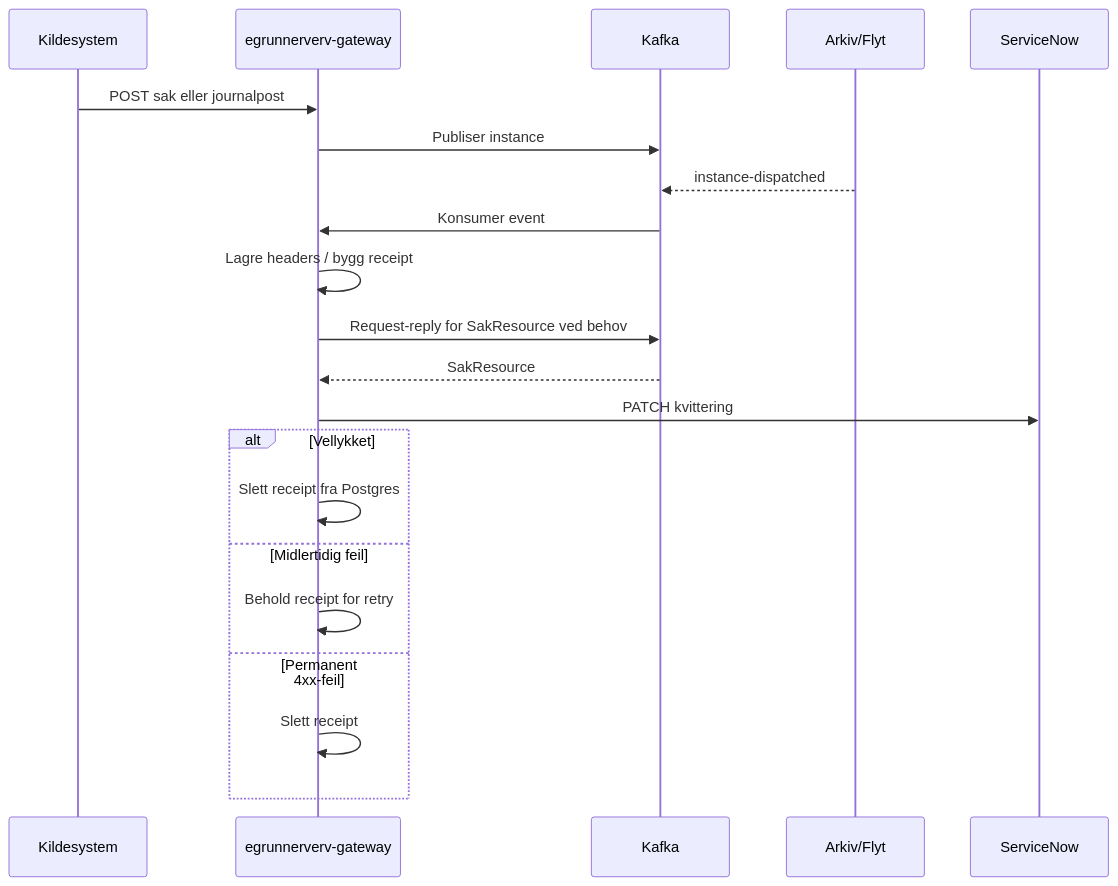
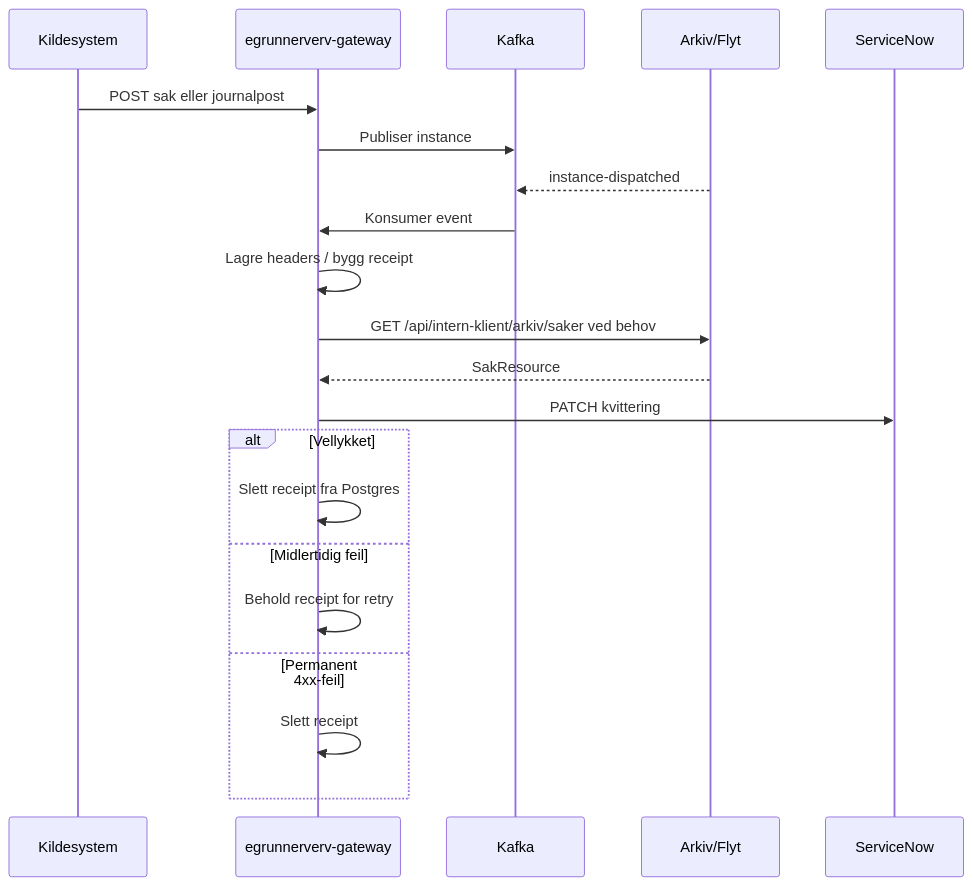
The second of 3 diagrams in README.md (FINTLabs/fint-flyt-egrunnerverv-gateway), drawn with Mermaid before and after one commit. The commit also changed other lines of this file and 14 other files, not shown here.

First line of the commit message:
feat!: replace Kafka request/reply with HTTP clients

````diff
--- a/README.md
+++ b/README.md
@@ -60,24 +60,24 @@
 ```mermaid
 sequenceDiagram
     participant Source as Kildesystem
     participant Gateway as egrunnerverv-gateway
     participant Kafka as Kafka
     participant Archive as Arkiv/Flyt
     participant SN as ServiceNow
 
     Source->>Gateway: POST sak eller journalpost
     Gateway->>Kafka: Publiser instance
     Archive-->>Kafka: instance-dispatched
     Kafka->>Gateway: Konsumer event
     Gateway->>Gateway: Lagre headers / bygg receipt
-    Gateway->>Kafka: Request-reply for SakResource ved behov
-    Kafka-->>Gateway: SakResource
+    Gateway->>Archive: GET /api/intern-klient/arkiv/saker ved behov
+    Archive-->>Gateway: SakResource
     Gateway->>SN: PATCH kvittering
     alt Vellykket
         Gateway->>Gateway: Slett receipt fra Postgres
     else Midlertidig feil
         Gateway->>Gateway: Behold receipt for retry
     else Permanent 4xx-feil
         Gateway->>Gateway: Slett receipt
     end
 ```
````
